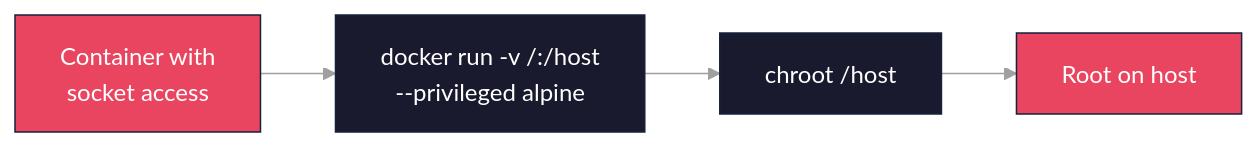
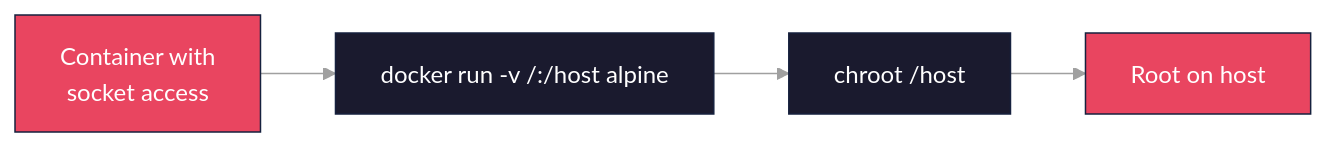
Before and after one commit to novotnyllc/ContainAI: the fifth of 6 diagrams in docs/security-scenarios.md, drawn with Mermaid. The commit also changed other lines of this file, not shown here.

````diff
--- a/docs/security-scenarios.md
+++ b/docs/security-scenarios.md
@@ -398,19 +400,19 @@
 ```mermaid
 %%{init: {'theme': 'base', 'themeVariables': {
   'primaryColor': '#1a1a2e',
   'primaryTextColor': '#ffffff',
   'primaryBorderColor': '#16213e',
   'secondaryColor': '#0f3460',
   'tertiaryColor': '#1a1a2e',
   'lineColor': '#a0a0a0',
   'textColor': '#ffffff',
   'background': '#0d1117'
 }}}%%
 flowchart LR
-    A["Container with<br/>socket access"] --> B["docker run -v /:/host<br/>--privileged alpine"]
+    A["Container with<br/>socket access"] --> B["docker run -v /:/host alpine"]
     B --> C["chroot /host"]
     C --> D["Root on host"]
 
     style A fill:#e94560,stroke:#16213e,color:#fff
     style D fill:#e94560,stroke:#16213e,color:#fff
 ```
````
